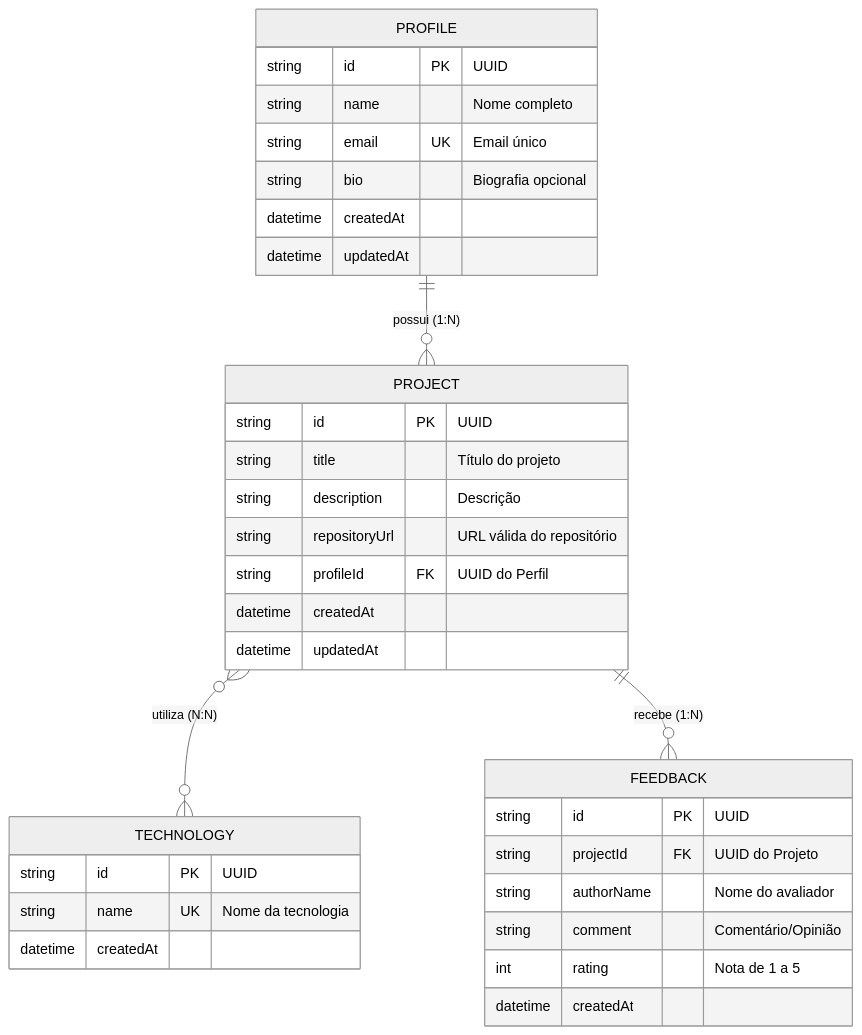
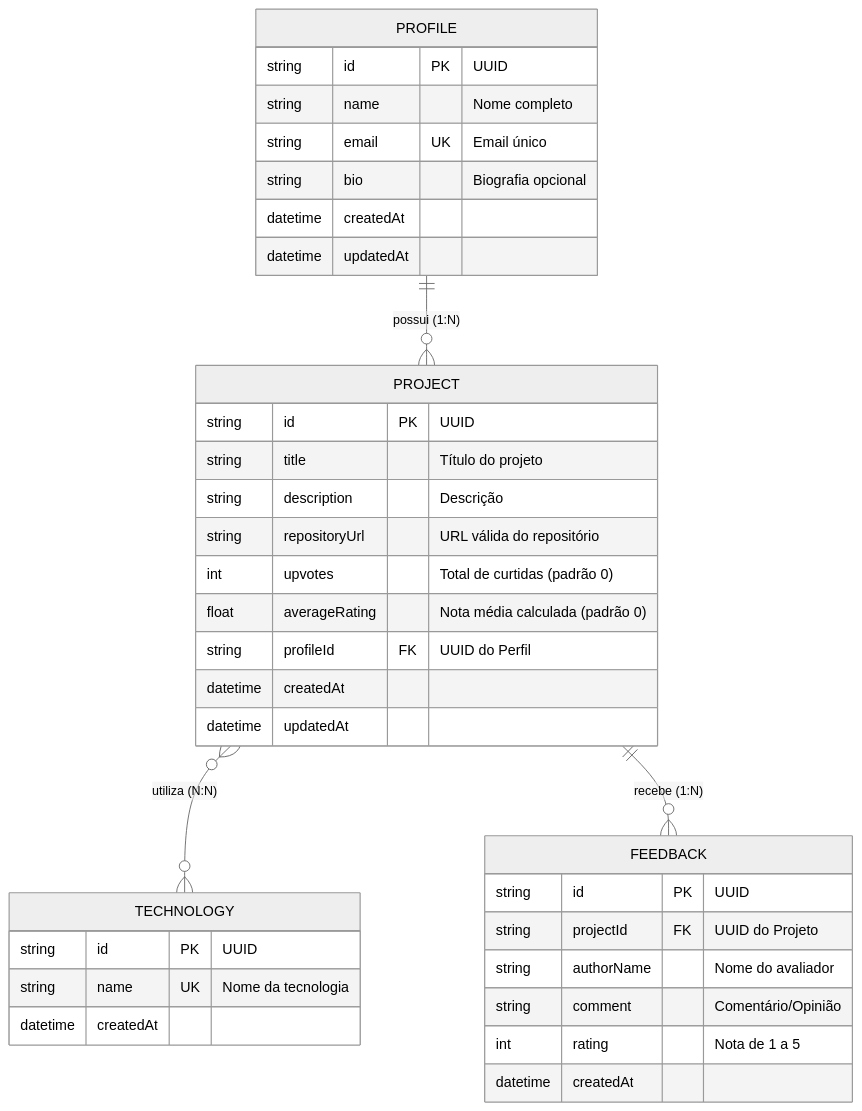
One commit to EliaJunior/devshowcase-serivce changed the diagram in README.md. Above: the diagram before and after it, drawn with Mermaid (neutral theme). The commit also changed other lines of this file and 1 other file, not shown here.

Commit message:
test(api): adicionar testes de integracao para upvotes, nota media, paginacao e swagger

````diff
--- a/README.md
+++ b/README.md
@@ -45,40 +46,42 @@
 ```mermaid
 erDiagram
     PROFILE ||--o{ PROJECT : "possui (1:N)"
     PROJECT }o--o{ TECHNOLOGY : "utiliza (N:N)"
     PROJECT ||--o{ FEEDBACK : "recebe (1:N)"
 
     PROFILE {
         string id PK "UUID"
         string name "Nome completo"
         string email UK "Email único"
         string bio "Biografia opcional"
         datetime createdAt
         datetime updatedAt
     }
 
     PROJECT {
         string id PK "UUID"
         string title "Título do projeto"
         string description "Descrição"
         string repositoryUrl "URL válida do repositório"
+        int upvotes "Total de curtidas (padrão 0)"
+        float averageRating "Nota média calculada (padrão 0)"
         string profileId FK "UUID do Perfil"
         datetime createdAt
         datetime updatedAt
     }
 
     TECHNOLOGY {
         string id PK "UUID"
         string name UK "Nome da tecnologia"
         datetime createdAt
     }
 
     FEEDBACK {
         string id PK "UUID"
         string projectId FK "UUID do Projeto"
         string authorName "Nome do avaliador"
         string comment "Comentário/Opinião"
         int rating "Nota de 1 a 5"
         datetime createdAt
     }
 ```
````
